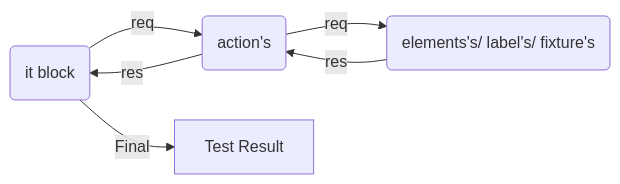
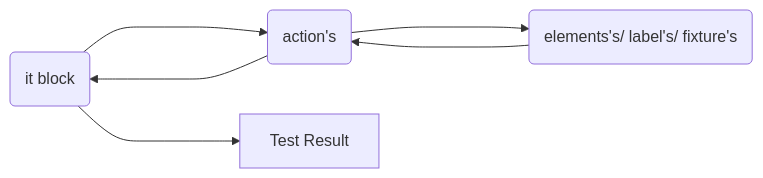
Before and after one commit to tayyabsaleem7756/ignicube: the diagram in README.md, drawn with Mermaid.

````diff
--- a/README.md
+++ b/README.md
@@ -86,6 +86,6 @@
 ```mermaid
 graph LR
-A(it block) --req-->B(action's) --req-->C(elements's/ label's/ fixture's) 
-C(elements's/ label's/ fixture's) --res-->B(action's) --res-->A(it block)
-A(it block) --Final-->D[Test Result]
+A(it block) ---->B(action's) ---->C(elements's/ label's/ fixture's) 
+C(elements's/ label's/ fixture's) ---->B(action's) ---->A(it block)
+A(it block) ---->D[Test Result]
 ```
````
